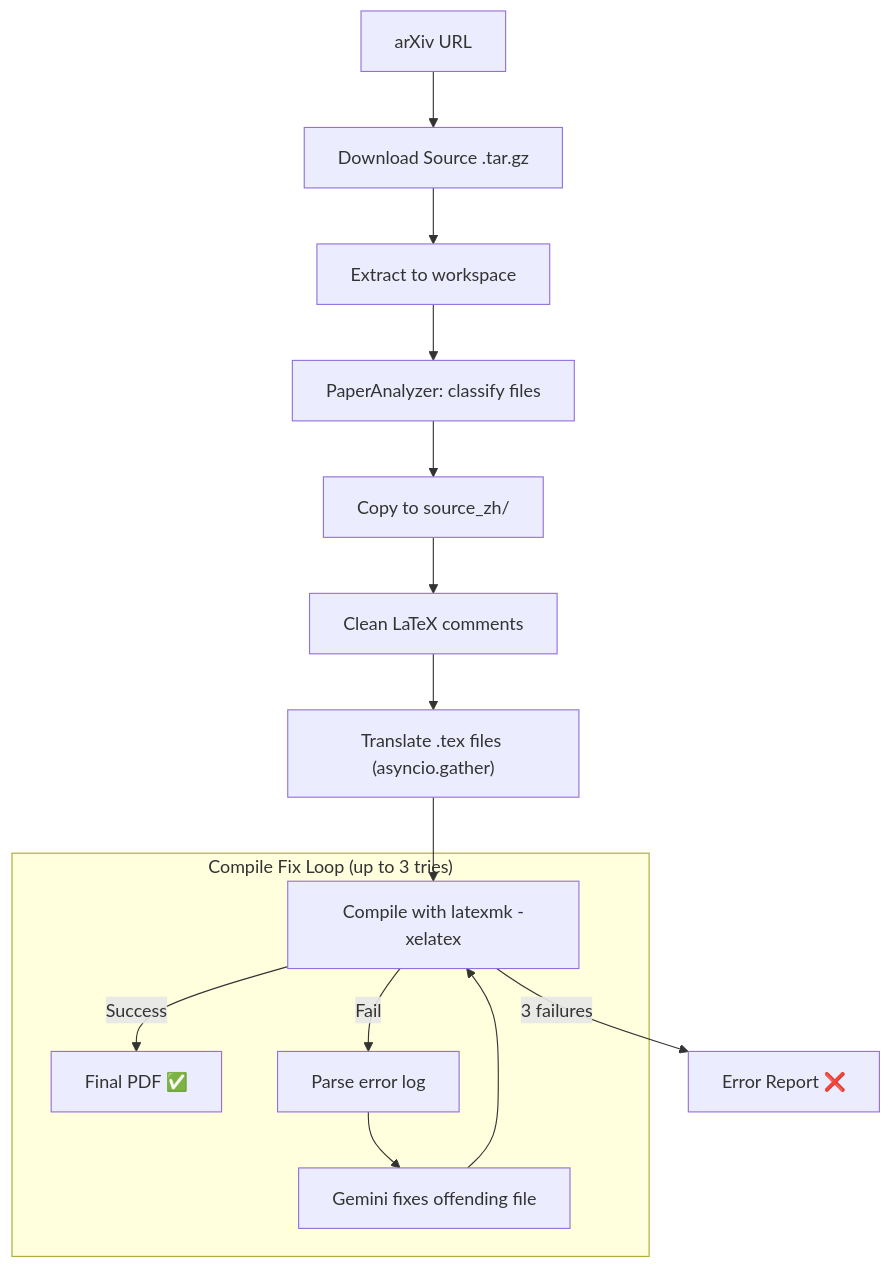
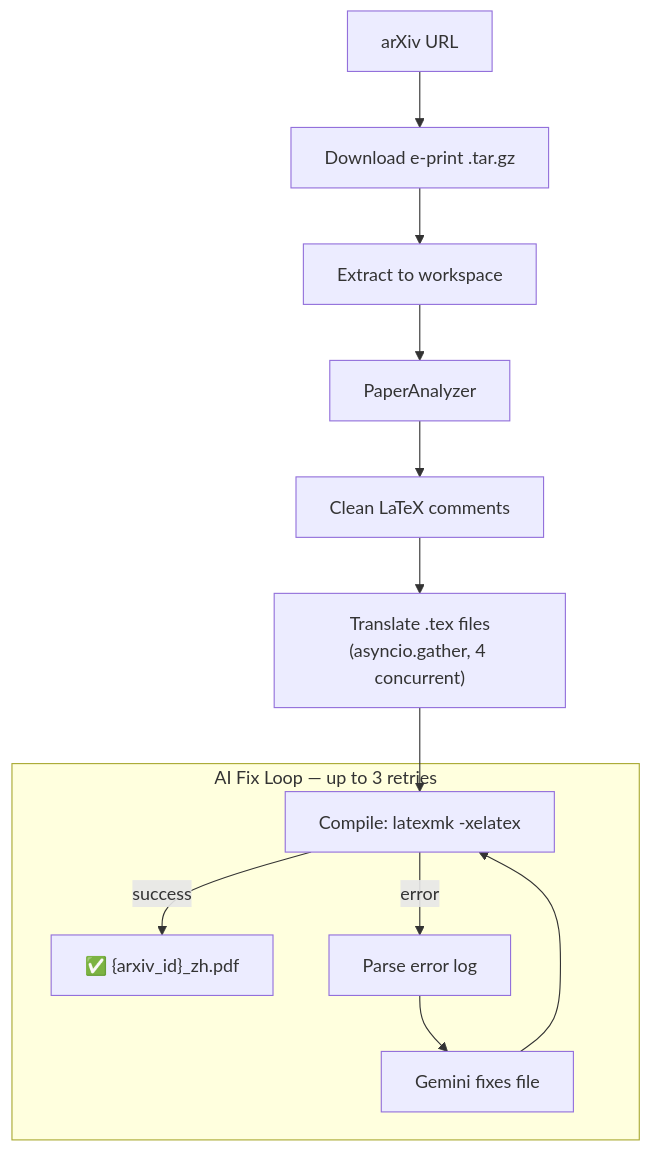
The second of 2 diagrams in ARCHITECTURE.md (ZeyuChen/ReadPaper), drawn with Mermaid before and after one commit. The commit also changed other lines of this file and 1 other file, not shown here.

First line of the commit message:
docs(v0.2.1): polished README and ARCHITECTURE for developer appeal

````diff
--- a/ARCHITECTURE.md
+++ b/ARCHITECTURE.md
@@ -14,19 +27,16 @@
 ```mermaid
 graph TD
-    A[arXiv URL] --> B[Download Source .tar.gz]
+    A[arXiv URL] --> B[Download e-print .tar.gz]
     B --> C[Extract to workspace]
-    C --> D[PaperAnalyzer: classify files]
-    D --> E[Copy to source_zh/]
-    E --> F["Clean LaTeX comments"]
-    F --> G["Translate .tex files (asyncio.gather)"]
-    G --> H["Compile with latexmk -xelatex"]
-    
-    subgraph "Compile Fix Loop (up to 3 tries)"
-    H -- Success --> I[Final PDF ✅]
-    H -- Fail --> J[Parse error log]
-    J --> K[Gemini fixes offending file]
-    K --> H
+    C --> D[PaperAnalyzer]
+    D --> E[Clean LaTeX comments]
+    E --> F["Translate .tex files<br/>(asyncio.gather, 4 concurrent)"]
+    F --> G["Compile: latexmk -xelatex"]
+
+    subgraph "AI Fix Loop — up to 3 retries"
+    G -- success --> H["✅ {arxiv_id}_zh.pdf"]
+    G -- error --> I[Parse error log]
+    I --> J[Gemini fixes file]
+    J --> G
     end
-    
-    H -- 3 failures --> L[Error Report ❌]
 ```
````
